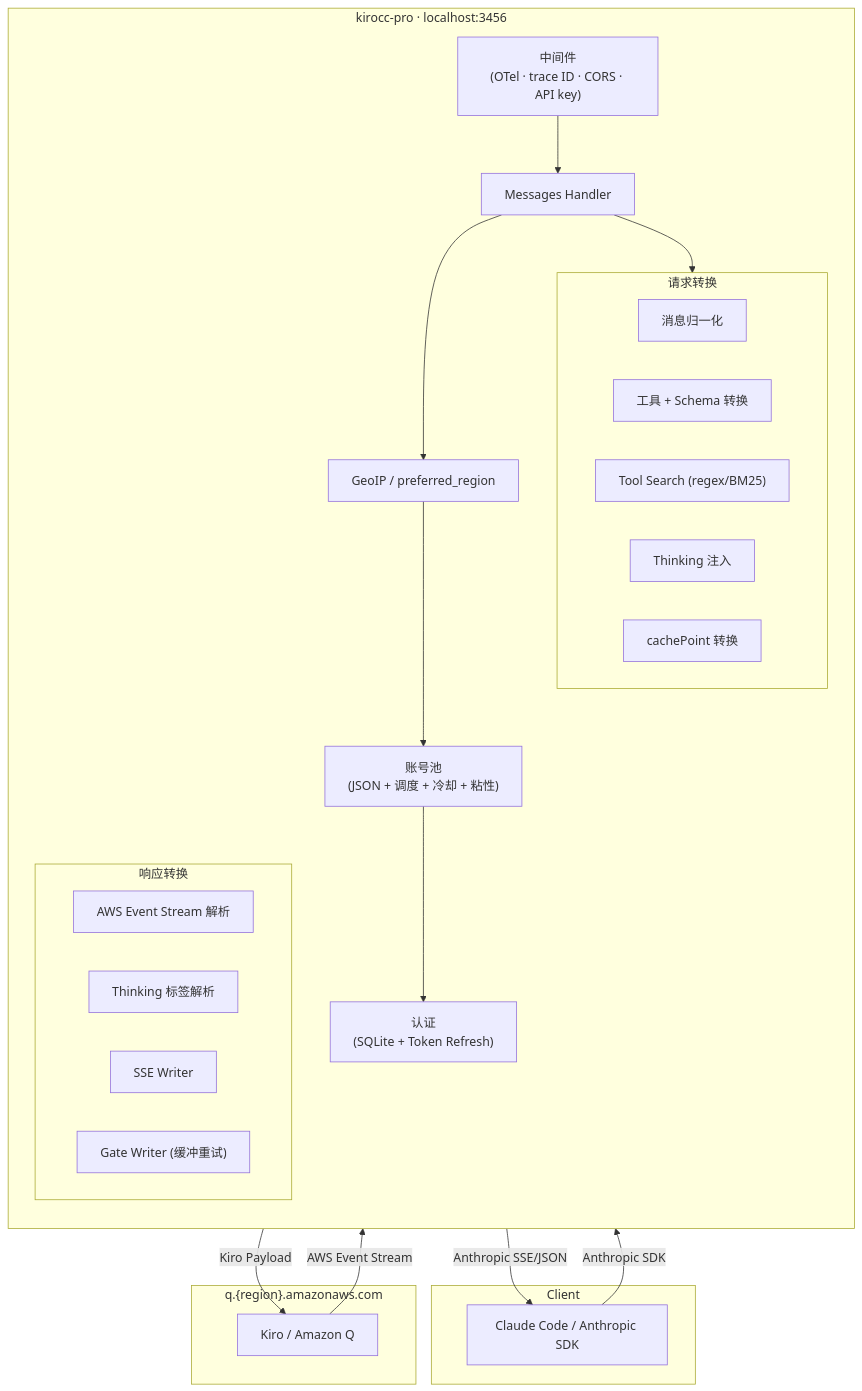
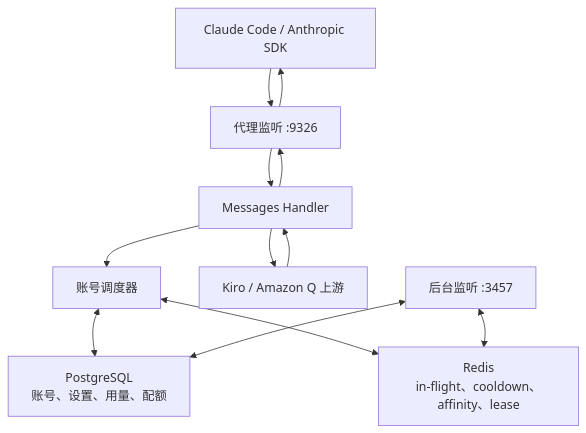
One commit to 2ue/kirocc-prox changed the diagram in README.zh-CN.md. Above: the diagram before and after it, drawn with Mermaid. The commit also changed other lines of this file and 116 other files, not shown here.

````diff
--- a/README.zh-CN.md
+++ b/README.zh-CN.md
@@ -493,46 +216,20 @@
 ```mermaid
 flowchart TB
-    subgraph Client
-        CC["Claude Code / Anthropic SDK"]
-    end
+    CC["Claude Code / Anthropic SDK"]
+    Proxy["代理监听 :9326"]
+    Handler["Messages Handler"]
+    Pool["账号调度器"]
+    PG["PostgreSQL<br/>账号、设置、用量、配额"]
+    Redis["Redis<br/>in-flight、cooldown、affinity、lease"]
+    Kiro["Kiro / Amazon Q 上游"]
+    Admin["后台监听 :3457"]
 
-    subgraph kirocc ["kirocc-pro · localhost:3456"]
-        direction TB
-        MW["中间件<br/>(OTel · trace ID · CORS · API key)"]
-        Handler["Messages Handler"]
-        Auth["认证<br/>(SQLite + Token Refresh)"]
-        Pool["账号池<br/>(JSON + 调度 + 冷却 + 粘性)"]
-        Geo["GeoIP / preferred_region"]
-
-        subgraph reqconv ["请求转换"]
-            direction LR
-            MsgNorm["消息归一化"]
-            ToolConv["工具 + Schema 转换"]
-            ToolSearch["Tool Search (regex/BM25)"]
-            ThinkingInject["Thinking 注入"]
-            CacheConv["cachePoint 转换"]
-        end
-
-        subgraph respconv ["响应转换"]
-            direction LR
-            EventParse["AWS Event Stream 解析"]
-            ThinkingParse["Thinking 标签解析"]
-            SSEWrite["SSE Writer"]
-            GateWrite["Gate Writer (缓冲重试)"]
-        end
-    end
-
-    subgraph KiroAPI ["q.{region}.amazonaws.com"]
-        Kiro["Kiro / Amazon Q"]
-    end
-
-    CC -- Anthropic SDK --> MW
-    MW --> Handler
-    Handler --> Geo
-    Geo --> Pool
-    Pool --> Auth
-    Handler --> reqconv
-    reqconv -- Kiro Payload --> Kiro
-    Kiro -- AWS Event Stream --> respconv
-    respconv -- Anthropic SSE/JSON --> CC
+    CC --> Proxy --> Handler
+    Handler --> Pool
+    Pool <--> PG
+    Pool <--> Redis
+    Handler --> Kiro
+    Kiro --> Handler --> Proxy --> CC
+    Admin <--> PG
+    Admin <--> Redis
 ```
````
